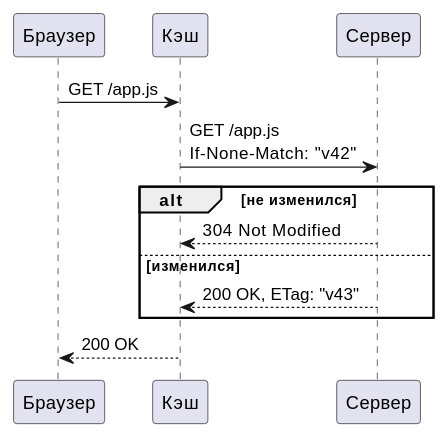
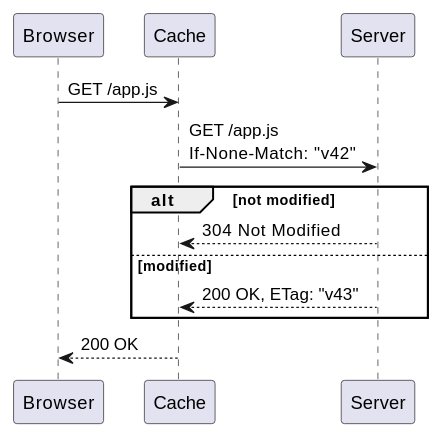
The second of 3 diagrams in examples/data/showcase/http-caching.md (aleksey925/scrawl), drawn with PlantUML before and after one commit. The commit also changed other lines of this file and 31 other files, not shown here.

Commit message:
add PlantUML examples of every type and size, draw a diagram with colors of its own light on a card in the dark theme, and write the ordinary example notes in English

````diff
--- a/examples/data/showcase/http-caching.md
+++ b/examples/data/showcase/http-caching.md
@@ -222,15 +227,15 @@
 ```plantuml
 @startuml
-participant Браузер
-participant Кэш
-participant Сервер
-Браузер -> Кэш : GET /app.js
-Кэш -> Сервер : GET /app.js\nIf-None-Match: "v42"
-alt не изменился
-  Сервер --> Кэш : 304 Not Modified
-else изменился
-  Сервер --> Кэш : 200 OK, ETag: "v43"
+participant Browser
+participant Cache
+participant Server
+Browser -> Cache : GET /app.js
+Cache -> Server : GET /app.js\nIf-None-Match: "v42"
+alt not modified
+  Server --> Cache : 304 Not Modified
+else modified
+  Server --> Cache : 200 OK, ETag: "v43"
 end
-Кэш --> Браузер : 200 OK
+Cache --> Browser : 200 OK
 @enduml
 ```
````
